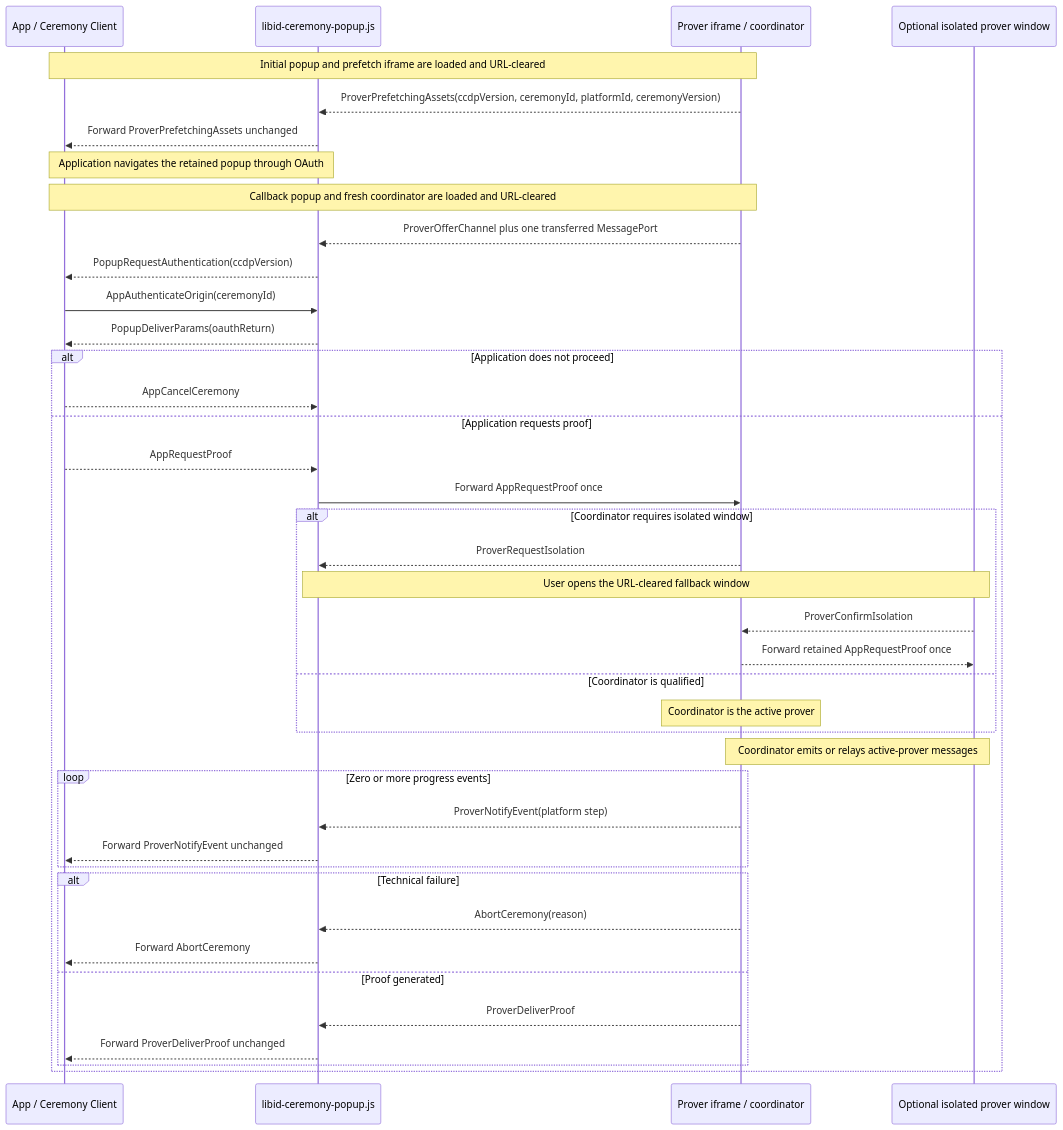
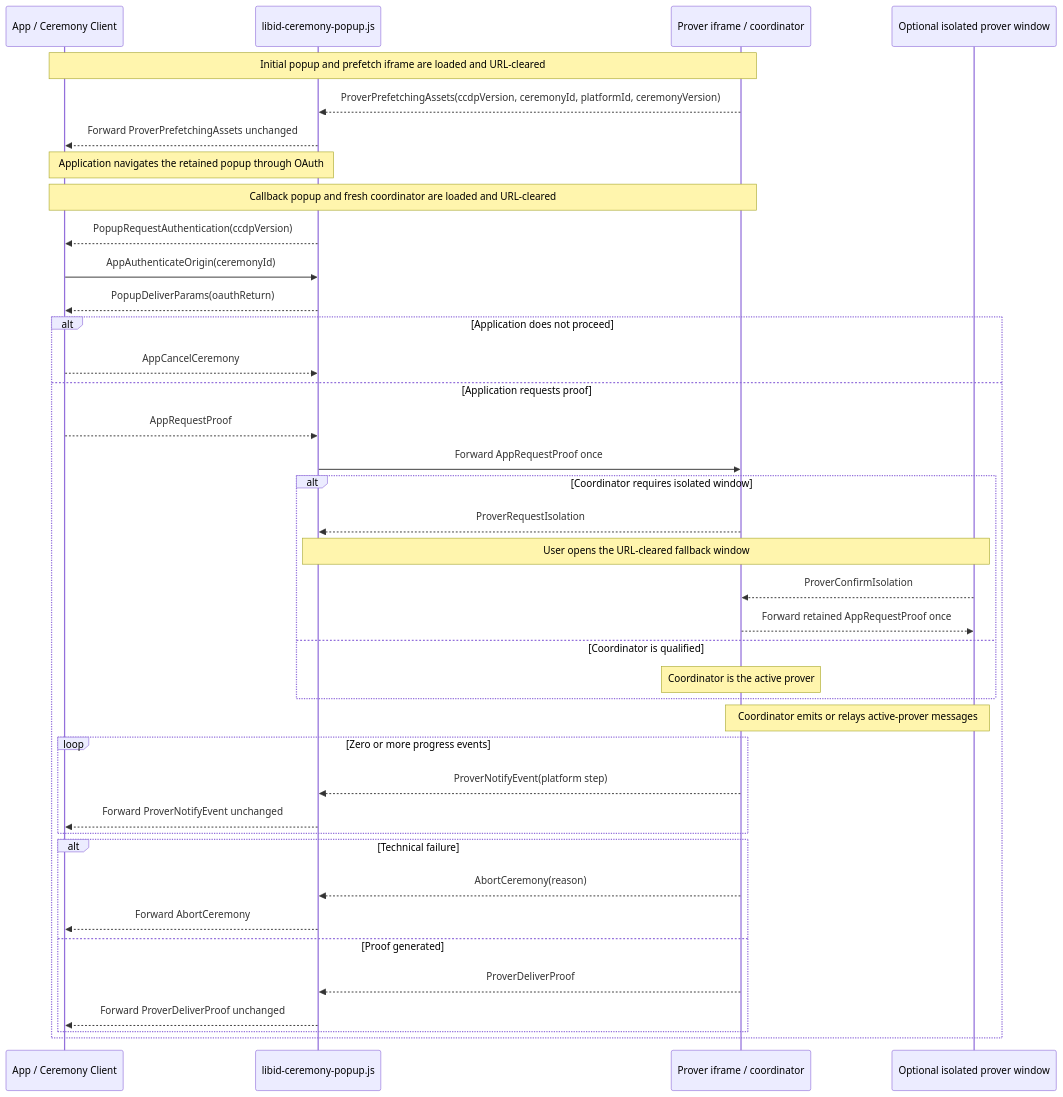
The diagram in ts/packages/ceremony/CCDP.md (libid-org/libid), drawn with Mermaid before and after one commit. The commit also changed other lines of this file and 3 other files, not shown here.

````diff
--- a/ts/packages/ceremony/CCDP.md
+++ b/ts/packages/ceremony/CCDP.md
@@ -419,43 +406,42 @@
 ```mermaid
 sequenceDiagram
     participant A as App / Ceremony Client
     participant C as libid-ceremony-popup.js
     participant P as Prover iframe / coordinator
     participant W as Optional isolated prover window
 
     Note over A,P: Initial popup and prefetch iframe are loaded and URL-cleared
     P-->>C: ProverPrefetchingAssets(ccdpVersion, ceremonyId, platformId, ceremonyVersion)
     C-->>A: Forward ProverPrefetchingAssets unchanged
     Note over A,C: Application navigates the retained popup through OAuth
     Note over A,P: Callback popup and fresh coordinator are loaded and URL-cleared
-    P-->>C: ProverOfferChannel plus one transferred MessagePort
     C-->>A: PopupRequestAuthentication(ccdpVersion)
     A->>C: AppAuthenticateOrigin(ceremonyId)
     C-->>A: PopupDeliverParams(oauthReturn)
     alt Application does not proceed
         A-->>C: AppCancelCeremony
     else Application requests proof
         A-->>C: AppRequestProof
         C->>P: Forward AppRequestProof once
         alt Coordinator requires isolated window
             P-->>C: ProverRequestIsolation
             Note over C,W: User opens the URL-cleared fallback window
             W-->>P: ProverConfirmIsolation
             P-->>W: Forward retained AppRequestProof once
         else Coordinator is qualified
             Note over P: Coordinator is the active prover
         end
         Note over P,W: Coordinator emits or relays active-prover messages
         loop Zero or more progress events
             P-->>C: ProverNotifyEvent(platform step)
             C-->>A: Forward ProverNotifyEvent unchanged
         end
         alt Technical failure
             P-->>C: AbortCeremony(reason)
             C-->>A: Forward AbortCeremony
         else Proof generated
             P-->>C: ProverDeliverProof
             C-->>A: Forward ProverDeliverProof unchanged
         end
     end
 ```
````
